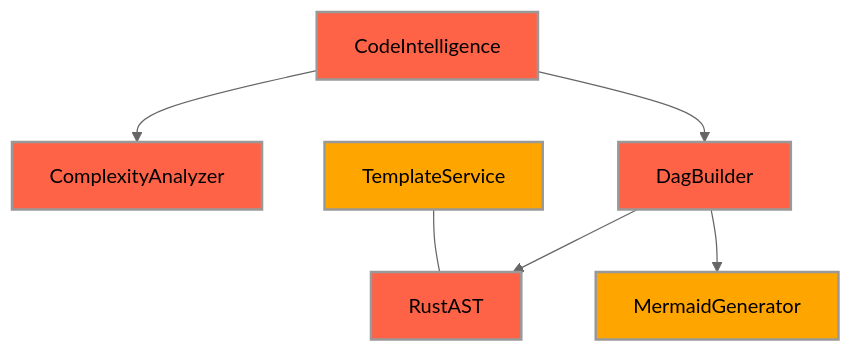
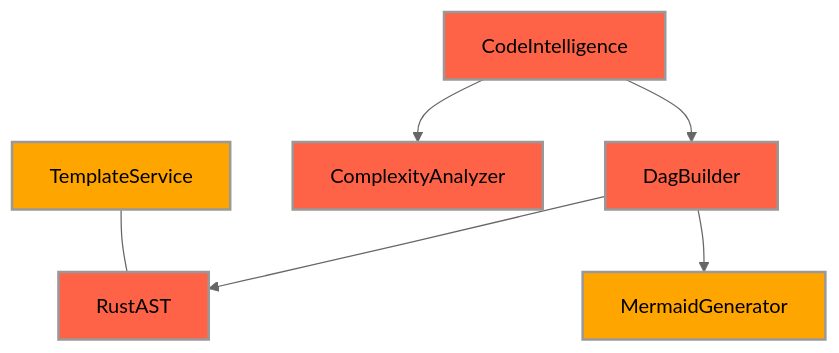
One commit to paiml/paiml-mcp-agent-toolkit changed the diagram in artifacts/mermaid/ast-generated/styled/service-interactions.mmd. Above: the diagram before and after it, drawn with Mermaid (neutral theme). The commit also changed other lines of this file and 37 other files, not shown here.

First line of the commit message:
feat: deterministic mermaid generation and comprehensive test coverage v0.17.0

```diff
--- a/artifacts/mermaid/ast-generated/styled/service-interactions.mmd
+++ b/artifacts/mermaid/ast-generated/styled/service-interactions.mmd
@@ -1,20 +1,20 @@
 graph TD
-    complexity[ComplexityAnalyzer]
     ast_rust[RustAST]
     dag_builder[DagBuilder]
+    complexity[ComplexityAnalyzer]
     code_intelligence[CodeIntelligence]
+    template_service[TemplateService]
     mermaid_generator[MermaidGenerator]
-    template_service[TemplateService]
 
     code_intelligence --> dag_builder
     dag_builder --> ast_rust
     dag_builder --> mermaid_generator
     code_intelligence --> complexity
     template_service --- ast_rust
 
-    style complexity fill:#FF6347,stroke-width:2px
     style ast_rust fill:#FF6347,stroke-width:2px
     style dag_builder fill:#FF6347,stroke-width:2px
+    style complexity fill:#FF6347,stroke-width:2px
     style code_intelligence fill:#FF6347,stroke-width:2px
+    style template_service fill:#FFA500,stroke-width:2px
     style mermaid_generator fill:#FFA500,stroke-width:2px
-    style template_service fill:#FFA500,stroke-width:2px
```
